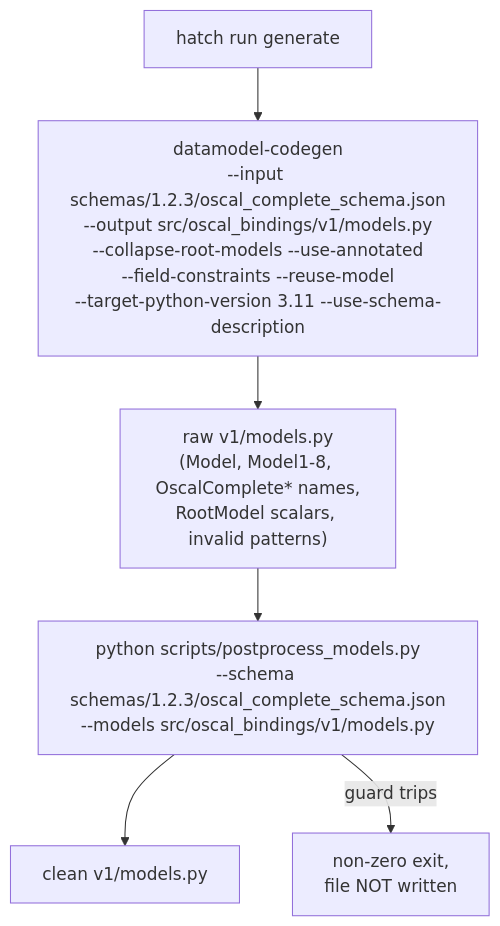
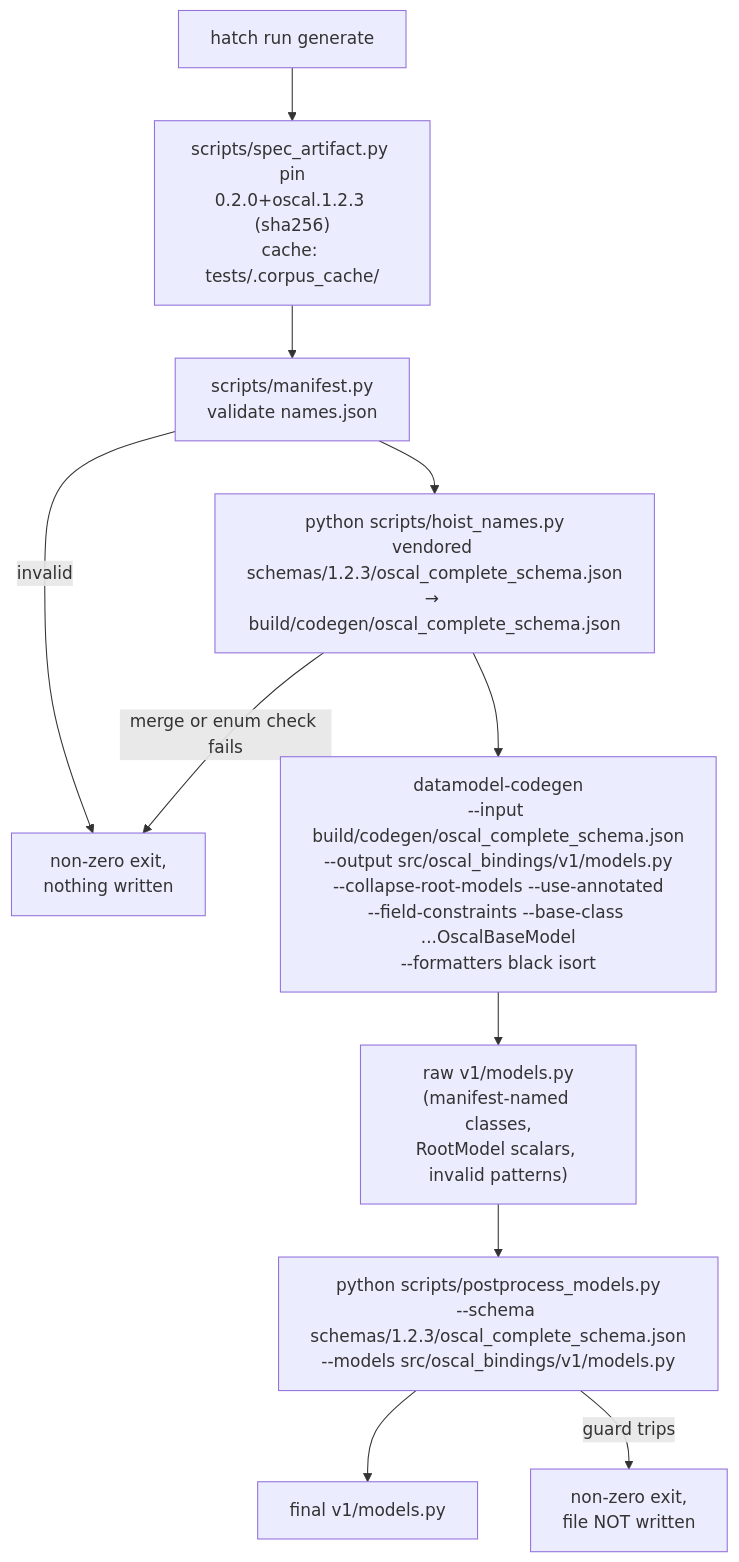
The first of 7 diagrams in .agents/summary/workflows.md (cairn-proofs/oscal-bindings-python), drawn with Mermaid before and after one commit. The commit also changed other lines of this file and 50 other files, not shown here.

First line of the commit message:
feat!: generate the models from names.json of the spec artifact (#16, #21)

````diff
--- a/.agents/summary/workflows.md
+++ b/.agents/summary/workflows.md
@@ -7,8 +8,13 @@
 ```mermaid
 flowchart TD
-    A["hatch run generate"] --> B["datamodel-codegen<br/>--input schemas/1.2.3/oscal_complete_schema.json<br/>--output src/oscal_bindings/v1/models.py<br/>--collapse-root-models --use-annotated<br/>--field-constraints --reuse-model<br/>--target-python-version 3.11 --use-schema-description"]
-    B --> C["raw v1/models.py<br/>(Model, Model1-8, OscalComplete* names,<br/>RootModel scalars, invalid patterns)"]
+    A["hatch run generate"] --> P["scripts/spec_artifact.py pin<br/>0.2.0+oscal.1.2.3 (sha256)<br/>cache: tests/.corpus_cache/"]
+    P --> M["scripts/manifest.py<br/>validate names.json"]
+    M -->|"invalid"| X["non-zero exit,<br/>nothing written"]
+    M --> H["python scripts/hoist_names.py<br/>vendored schemas/1.2.3/oscal_complete_schema.json<br/>→ build/codegen/oscal_complete_schema.json"]
+    H -->|"merge or enum check fails"| X
+    H --> B["datamodel-codegen<br/>--input build/codegen/oscal_complete_schema.json<br/>--output src/oscal_bindings/v1/models.py<br/>--collapse-root-models --use-annotated<br/>--field-constraints --base-class ...OscalBaseModel<br/>--formatters black isort"]
+    B --> C["raw v1/models.py<br/>(manifest-named classes,<br/>RootModel scalars, invalid patterns)"]
     C --> D["python scripts/postprocess_models.py<br/>--schema schemas/1.2.3/oscal_complete_schema.json<br/>--models src/oscal_bindings/v1/models.py"]
-    D --> E["clean v1/models.py"]
+    D --> E["final v1/models.py"]
     D -->|"guard trips"| F["non-zero exit,<br/>file NOT written"]
 ```
````
